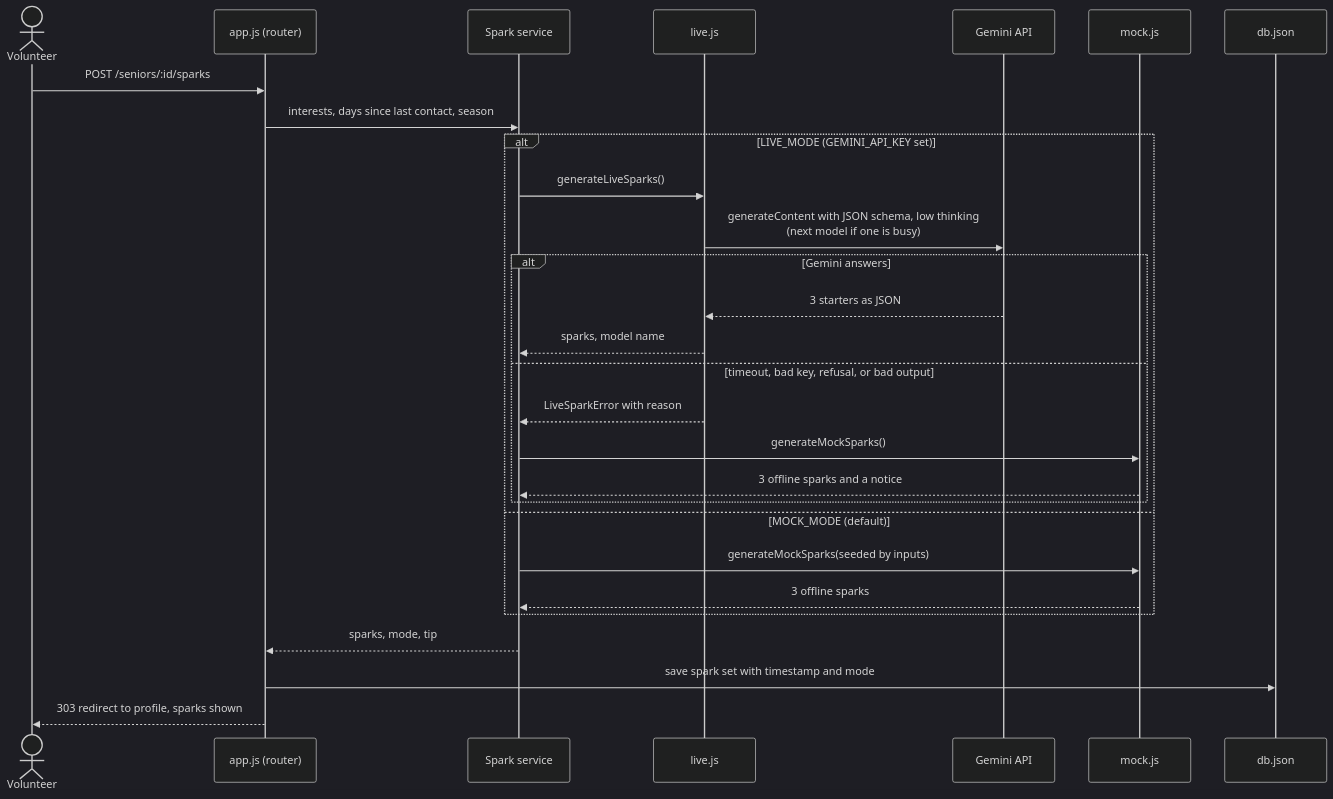
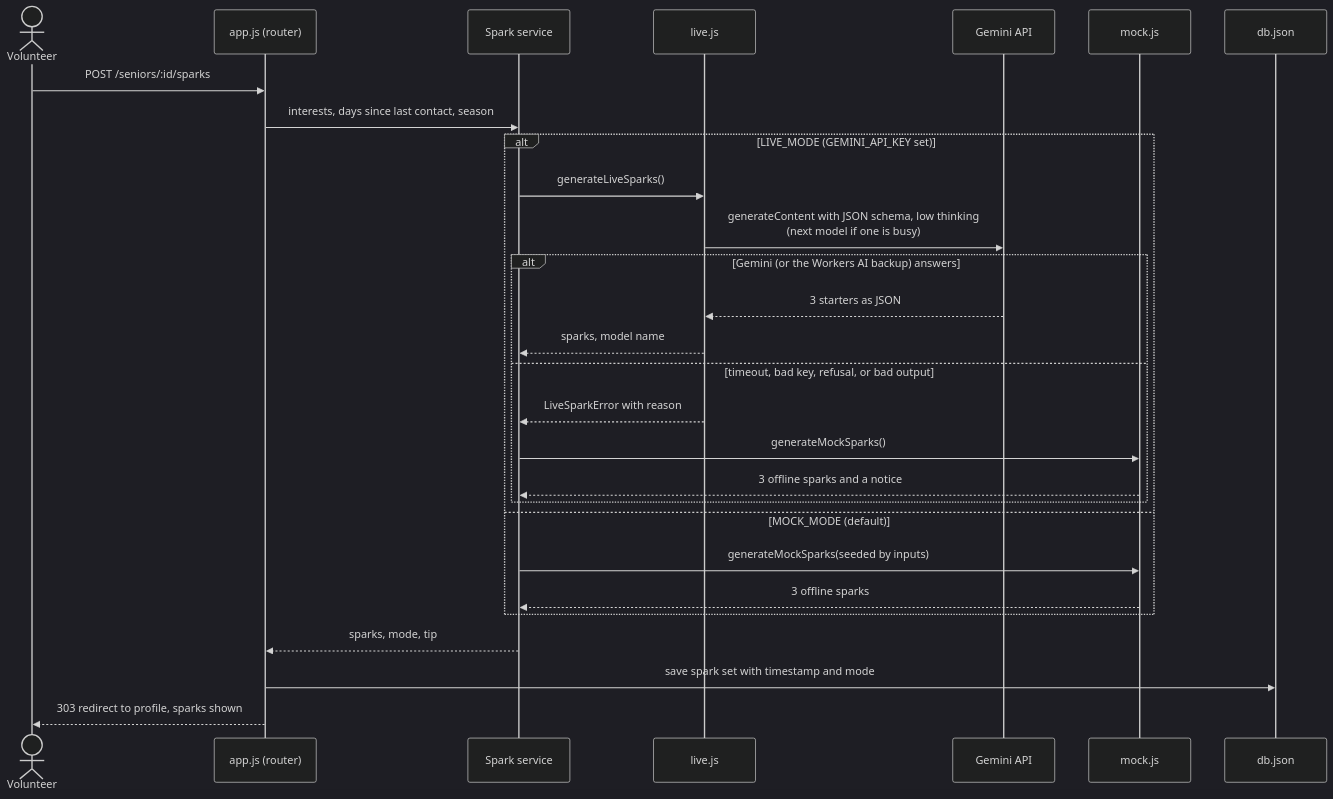
One commit to CyberCoder-bit/PorchLight changed the third of 5 diagrams in docs/architecture-diagram.md. Above: the diagram before and after it, drawn with Mermaid (dark theme). The commit also changed other lines of this file and 30 other files, not shown here.

First line of the commit message:
Add Cloudflare Workers AI as the backup when Gemini is busy

````diff
--- a/docs/architecture-diagram.md
+++ b/docs/architecture-diagram.md
@@ -100,31 +100,31 @@
 ```mermaid
 sequenceDiagram
   actor V as Volunteer
   participant App as app.js (router)
   participant Svc as Spark service
   participant Live as live.js
   participant API as Gemini API
   participant Mock as mock.js
   participant DB as db.json
 
   V->>App: POST /seniors/:id/sparks
   App->>Svc: interests, days since last contact, season
   alt LIVE_MODE (GEMINI_API_KEY set)
     Svc->>Live: generateLiveSparks()
     Live->>API: generateContent with JSON schema, low thinking<br/>(next model if one is busy)
-    alt Gemini answers
+    alt Gemini (or the Workers AI backup) answers
       API-->>Live: 3 starters as JSON
       Live-->>Svc: sparks, model name
     else timeout, bad key, refusal, or bad output
       Live-->>Svc: LiveSparkError with reason
       Svc->>Mock: generateMockSparks()
       Mock-->>Svc: 3 offline sparks and a notice
     end
   else MOCK_MODE (default)
     Svc->>Mock: generateMockSparks(seeded by inputs)
     Mock-->>Svc: 3 offline sparks
   end
   Svc-->>App: sparks, mode, tip
   App->>DB: save spark set with timestamp and mode
   App-->>V: 303 redirect to profile, sparks shown
 ```
````
